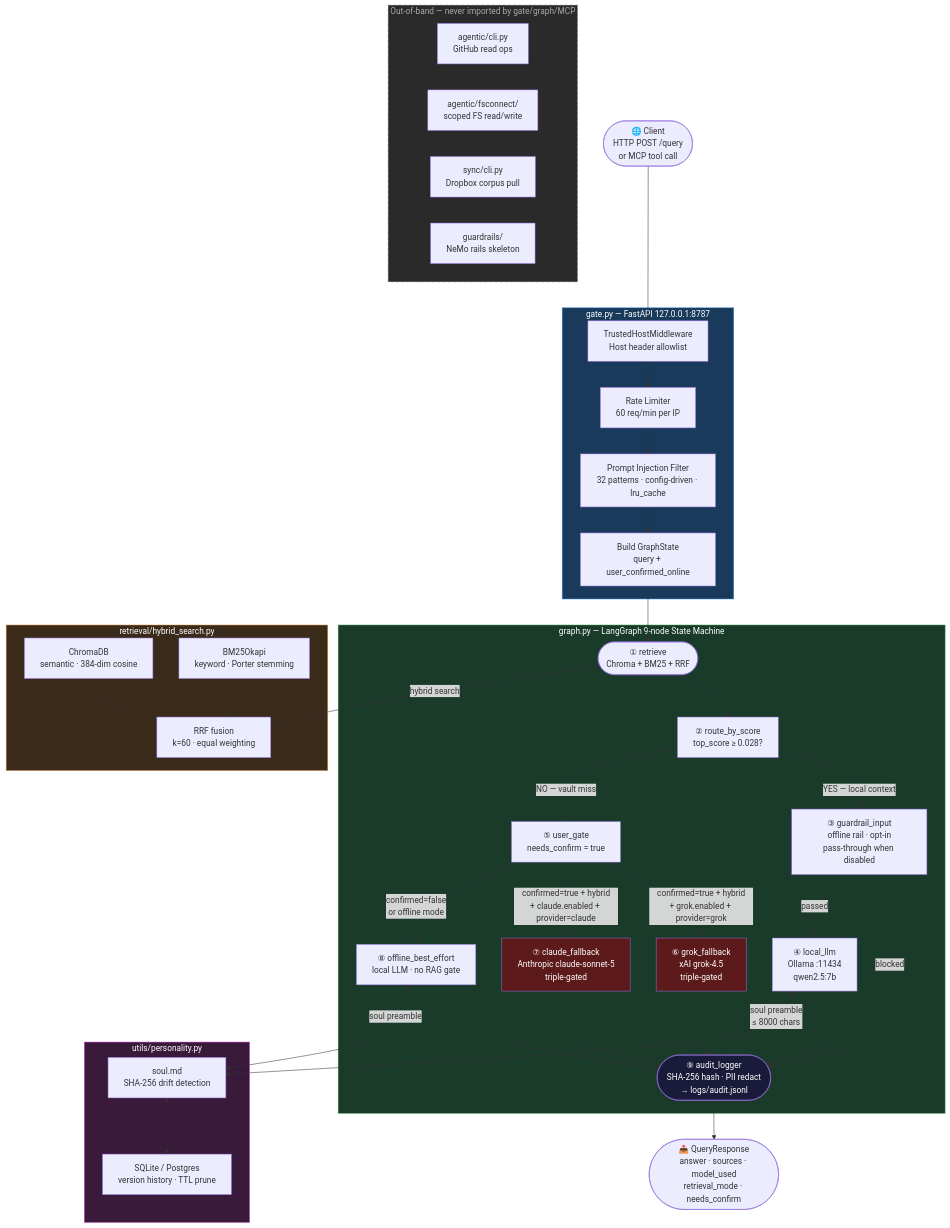
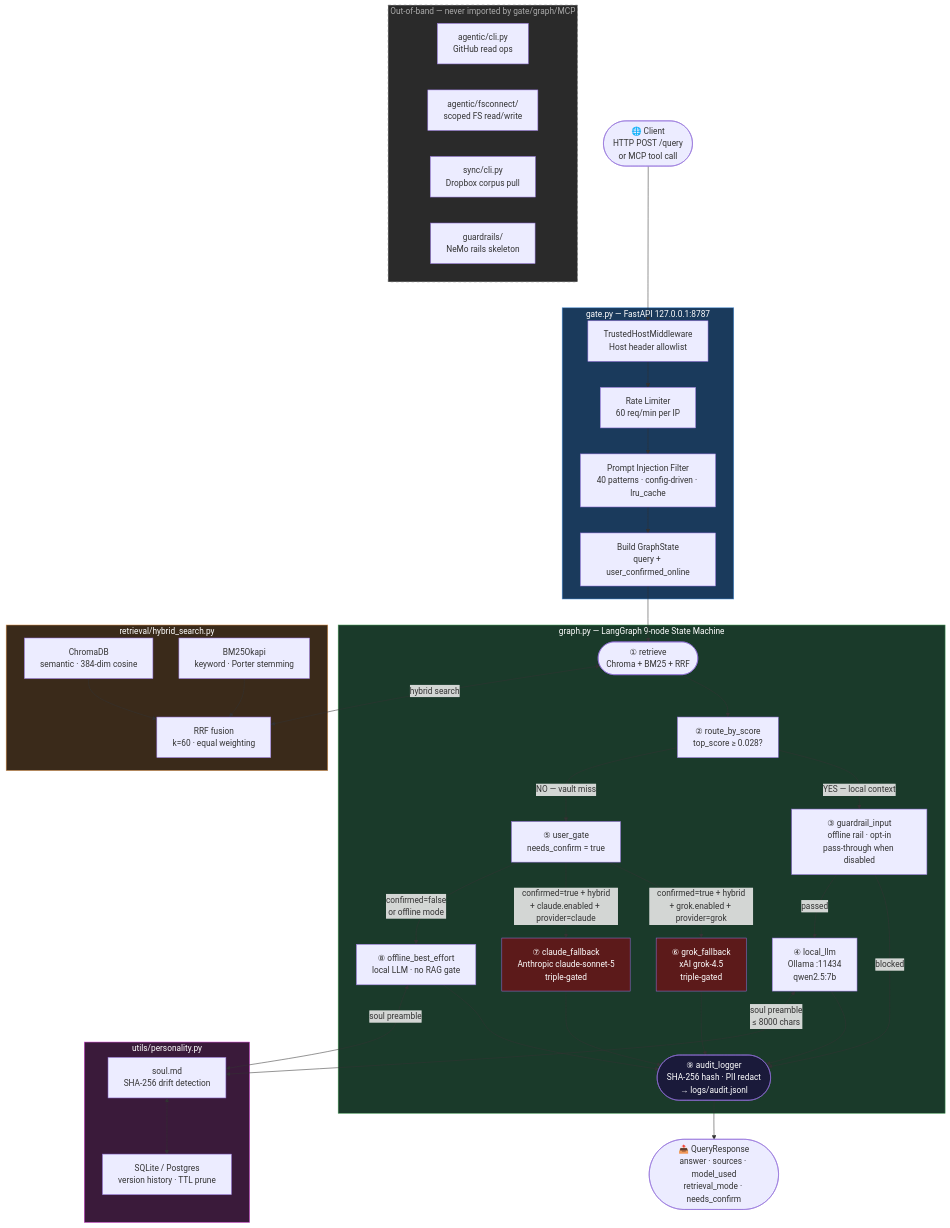
Before and after one commit to CGFixIT/PsyClaw: the diagram in README.md, drawn with Mermaid. The commit also changed other lines of this file and 6 other files, not shown here.

````diff
--- a/README.md
+++ b/README.md
@@ -110,68 +110,68 @@
 ```mermaid
 flowchart TD
     A(["🌐 Client\nHTTP POST /query\nor MCP tool call"])
     A --> B
 
     subgraph GATEWAY ["gate.py — FastAPI 127.0.0.1:8787"]
         B["TrustedHostMiddleware\nHost header allowlist"]
         B --> C["Rate Limiter\n60 req/min per IP"]
-        C --> D["Prompt Injection Filter\n32 patterns · config-driven · lru_cache"]
+        C --> D["Prompt Injection Filter\n40 patterns · config-driven · lru_cache"]
         D --> E["Build GraphState\nquery + user_confirmed_online"]
     end
 
     E --> F
 
     subgraph GRAPH ["graph.py — LangGraph 9-node State Machine"]
         F(["① retrieve\nChroma + BM25 + RRF"])
         F --> G["② route_by_score\ntop_score ≥ 0.028?"]
         G -->|"YES — local context"| X["③ guardrail_input\noffline rail · opt-in\npass-through when disabled"]
         X -->|"blocked"| L
         X -->|"passed"| H["④ local_llm\nOllama :11434\nqwen2.5:7b"]
         G -->|"NO — vault miss"| I["⑤ user_gate\nneeds_confirm = true"]
         I -->|"confirmed=true + hybrid\n+ grok.enabled + provider=grok"| J["⑥ grok_fallback\nxAI grok-4.5\ntriple-gated"]
         I -->|"confirmed=true + hybrid\n+ claude.enabled + provider=claude"| W["⑦ claude_fallback\nAnthropic claude-sonnet-5\ntriple-gated"]
         I -->|"confirmed=false\nor offline mode"| K["⑧ offline_best_effort\nlocal LLM · no RAG gate"]
         H --> L
         J --> L
         W --> L
         K --> L
         L(["⑨ audit_logger\nSHA-256 hash · PII redact\n→ logs/audit.jsonl"])
     end
 
     L --> M(["📤 QueryResponse\nanswer · sources · model_used\nretrieval_mode · needs_confirm"])
 
     subgraph RETRIEVAL ["retrieval/hybrid_search.py"]
         N["ChromaDB\nsemantic · 384-dim cosine"]
         O["BM25Okapi\nkeyword · Porter stemming"]
         P["RRF fusion\nk=60 · equal weighting"]
         N --> P
         O --> P
     end
 
     F <-->|"hybrid search"| P
 
     subgraph SOUL ["utils/personality.py"]
         Q["soul.md\nSHA-256 drift detection"]
         R["SQLite / Postgres\nversion history · TTL prune"]
         Q <--> R
     end
 
     H <-->|"soul preamble\n≤ 8000 chars"| Q
     K <-->|"soul preamble"| Q
 
     subgraph OOB ["Out-of-band — never imported by gate/graph/MCP"]
         S["agentic/cli.py\nGitHub read ops"]
         T["agentic/fsconnect/\nscoped FS read/write"]
         U["sync/cli.py\nDropbox corpus pull"]
         V["guardrails/\nNeMo rails skeleton"]
     end
 
     style GATEWAY fill:#1a3a5c,color:#ffffff,stroke:#4a90d9
     style GRAPH fill:#1a3a2a,color:#ffffff,stroke:#4a9d5a
     style RETRIEVAL fill:#3a2a1a,color:#ffffff,stroke:#d9904a
     style SOUL fill:#3a1a3a,color:#ffffff,stroke:#d94ad9
     style OOB fill:#2a2a2a,color:#aaaaaa,stroke:#666666,stroke-dasharray:5 5
     style J fill:#5c1a1a,color:#ffffff
     style W fill:#5c1a1a,color:#ffffff
     style L fill:#1a1a3a,color:#ffffff
 ```
````
